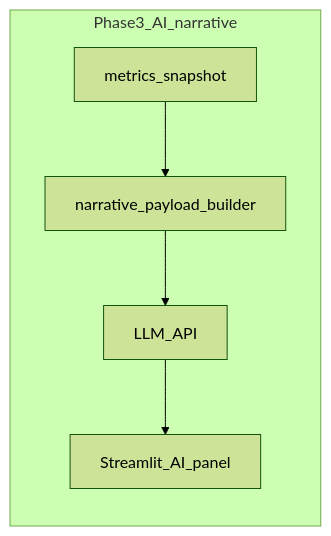
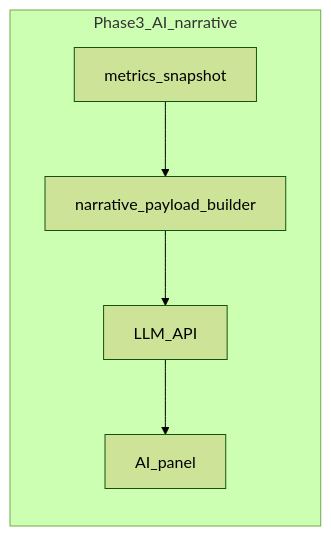
The second of 2 diagrams in docs/FR24_AIR_TRAFFIC_BRD.md (df-3087/hello-world-666), drawn with Mermaid (forest theme) before and after one commit. The commit also changed other lines of this file, not shown here.

````diff
--- a/docs/FR24_AIR_TRAFFIC_BRD.md
+++ b/docs/FR24_AIR_TRAFFIC_BRD.md
@@ -369,12 +399,12 @@
 ```mermaid
 flowchart LR
   subgraph phase3 [Phase3_AI_narrative]
     M[metrics_snapshot]
     N[narrative_payload_builder]
     L[LLM_API]
-    U[Streamlit_AI_panel]
+    U[AI_panel]
     M --> N
     N --> L
     L --> U
   end
 ```
````
